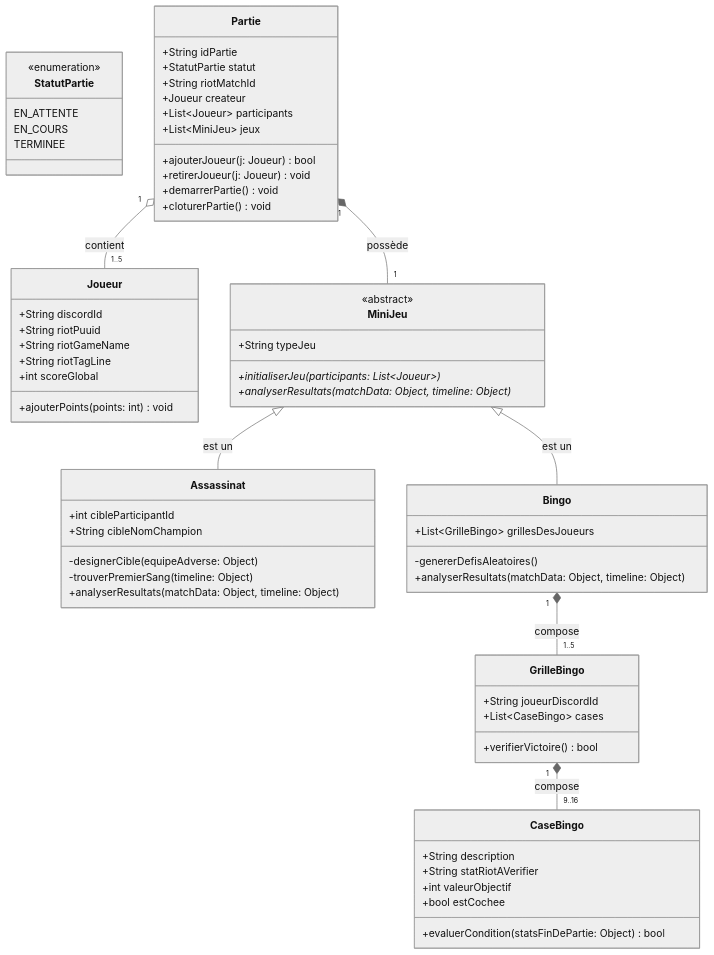
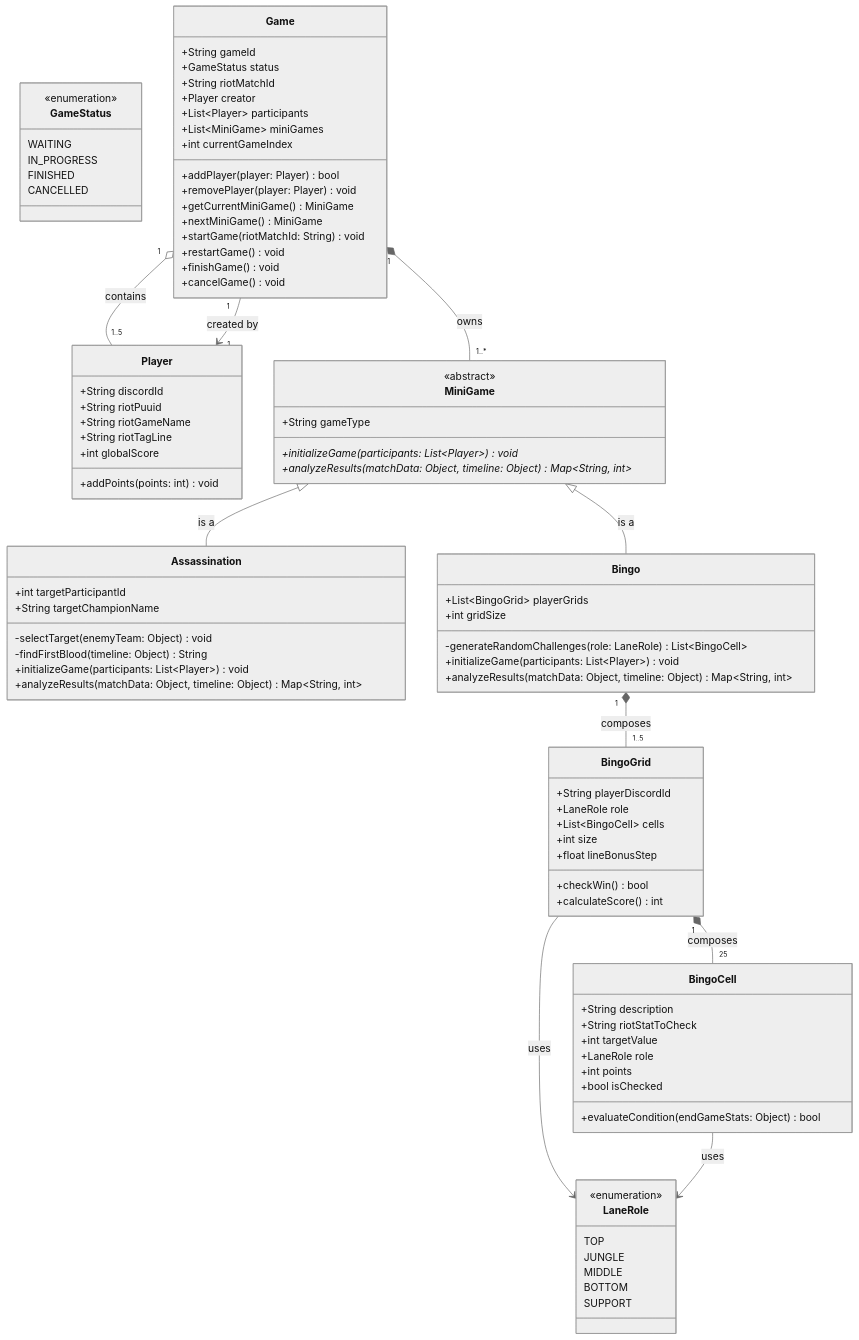
Before and after one commit to Jonas0o0/LolMiniGame: the diagram in Achitecture/UML.md, drawn with Mermaid (neutral theme).

Commit message:
UML is now in english

````diff
--- a/Achitecture/UML.md
+++ b/Achitecture/UML.md
@@ -1,76 +1,103 @@
 ```mermaid
 classDiagram
 
-    class StatutPartie {
+    class GameStatus {
         <<enumeration>>
-        EN_ATTENTE
-        EN_COURS
-        TERMINEE
+        WAITING
+        IN_PROGRESS
+        FINISHED
+        CANCELLED
     }
 
-    class Joueur {
+    class LaneRole {
+        <<enumeration>>
+        TOP
+        JUNGLE
+        MIDDLE
+        BOTTOM
+        SUPPORT
+    }
+
+    class Player {
         +String discordId
         +String riotPuuid
         +String riotGameName
         +String riotTagLine
-        +int scoreGlobal
-        +ajouterPoints(points: int) void
+        +int globalScore
+        +addPoints(points: int) void
     }
 
-    class Partie {
-        +String idPartie
-        +StatutPartie statut
+    class Game {
+        +String gameId
+        +GameStatus status
         +String riotMatchId
-        +Joueur createur
-        +List~Joueur~ participants
-        +List~MiniJeu~ jeux
-        +ajouterJoueur(j: Joueur) bool
-        +retirerJoueur(j: Joueur) void
-        +demarrerPartie() void
-        +cloturerPartie() void
+        +Player creator
+        +List~Player~ participants
+        +List~MiniGame~ miniGames
+        +int currentGameIndex
+        +addPlayer(player: Player) bool
+        +removePlayer(player: Player) void
+        +getCurrentMiniGame() MiniGame
+        +nextMiniGame() MiniGame
+        +startGame(riotMatchId: String) void
+        +restartGame() void
+        +finishGame() void
+        +cancelGame() void
     }
 
-    class MiniJeu {
+    class MiniGame {
         <<abstract>>
-        +String typeJeu
-        +initialiserJeu(participants: List~Joueur~)*
-        +analyserResultats(matchData: Object, timeline: Object)*
+        +String gameType
+        +initializeGame(participants: List~Player~)* void
+        +analyzeResults(matchData: Object, timeline: Object)* Map~String, int~
     }
 
-    class Assassinat {
-        +int cibleParticipantId
-        +String cibleNomChampion
-        -designerCible(equipeAdverse: Object)
-        -trouverPremierSang(timeline: Object)
-        +analyserResultats(matchData: Object, timeline: Object)
+    class Assassination {
+        +int targetParticipantId
+        +String targetChampionName
+        -selectTarget(enemyTeam: Object) void
+        -findFirstBlood(timeline: Object) String
+        +initializeGame(participants: List~Player~) void
+        +analyzeResults(matchData: Object, timeline: Object) Map~String, int~
     }
 
     class Bingo {
-        +List~GrilleBingo~ grillesDesJoueurs
-        -genererDefisAleatoires()
-        +analyserResultats(matchData: Object, timeline: Object)
+        +List~BingoGrid~ playerGrids
+        +int gridSize
+        -generateRandomChallenges(role: LaneRole) List~BingoCell~
+        +initializeGame(participants: List~Player~) void
+        +analyzeResults(matchData: Object, timeline: Object) Map~String, int~
     }
 
-    class GrilleBingo {
-        +String joueurDiscordId
-        +List~CaseBingo~ cases
-        +verifierVictoire() bool
+    class BingoGrid {
+        +String playerDiscordId
+        +LaneRole role
+        +List~BingoCell~ cells
+        +int size
+        +float lineBonusStep
+        +checkWin() bool
+        +calculateScore() int
     }
 
-    class CaseBingo {
+    class BingoCell {
         +String description
-        +String statRiotAVerifier
-        +int valeurObjectif
-        +bool estCochee
-        +evaluerCondition(statsFinDePartie: Object) bool
+        +String riotStatToCheck
+        +int targetValue
+        +LaneRole role
+        +int points
+        +bool isChecked
+        +evaluateCondition(endGameStats: Object) bool
     }
 
-    Partie "1" o-- "1..5" Joueur : contient
-    Partie "1" *-- "1" MiniJeu : possède
+    Game "1" o-- "1..5" Player : contains
+    Game "1" --> "1" Player : created by
+    Game "1" *-- "1..*" MiniGame : owns
 
-    MiniJeu <|-- Assassinat : est un
-    MiniJeu <|-- Bingo : est un
+    MiniGame <|-- Assassination : is a
+    MiniGame <|-- Bingo : is a
 
-    Bingo "1" *-- "1..5" GrilleBingo : compose
-    GrilleBingo "1" *-- "9..16" CaseBingo : compose
+    Bingo "1" *-- "1..5" BingoGrid : composes
+    BingoGrid "1" *-- "25" BingoCell : composes
+    BingoGrid --> LaneRole : uses
+    BingoCell --> LaneRole : uses
 ```
````
